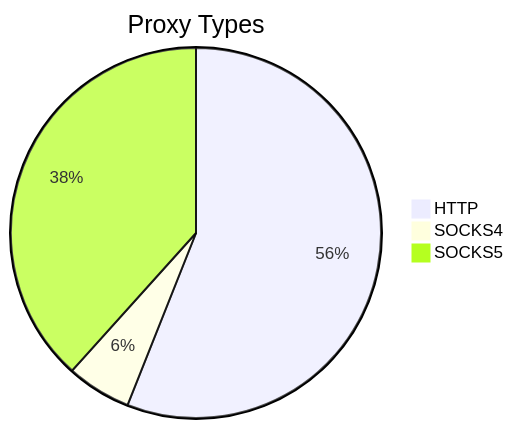
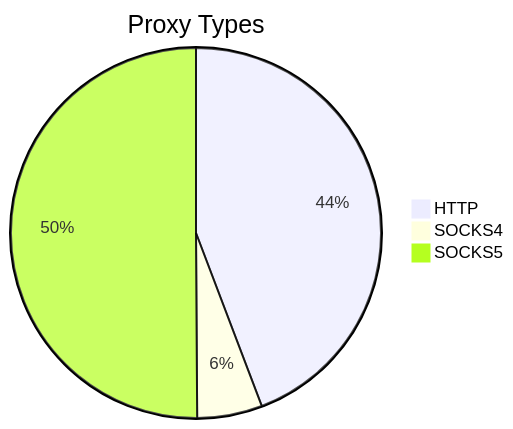
Before and after one commit to stormsia/proxy-list: the first of 2 diagrams in README.md, drawn with Mermaid. The commit also changed other lines of this file, not shown here.

````diff
--- a/README.md
+++ b/README.md
@@ -21,6 +21,6 @@
 ```mermaid
 pie title Proxy Types
-    "HTTP" : 437
-    "SOCKS4" : 44
-    "SOCKS5" : 299
+    "HTTP" : 436
+    "SOCKS4" : 56
+    "SOCKS5" : 494
 ```
````
